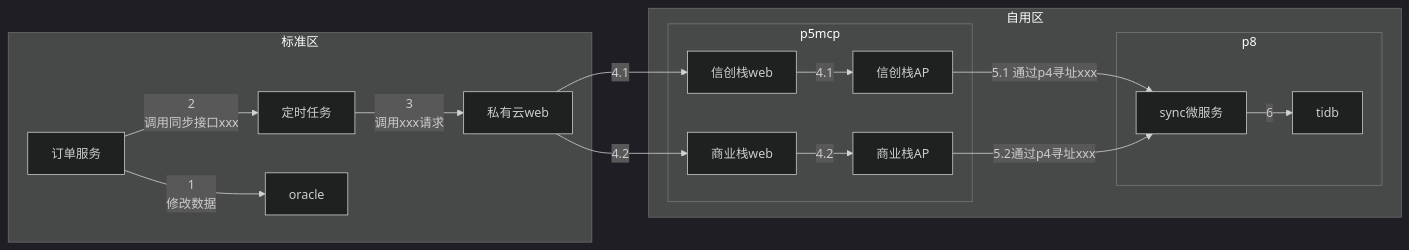
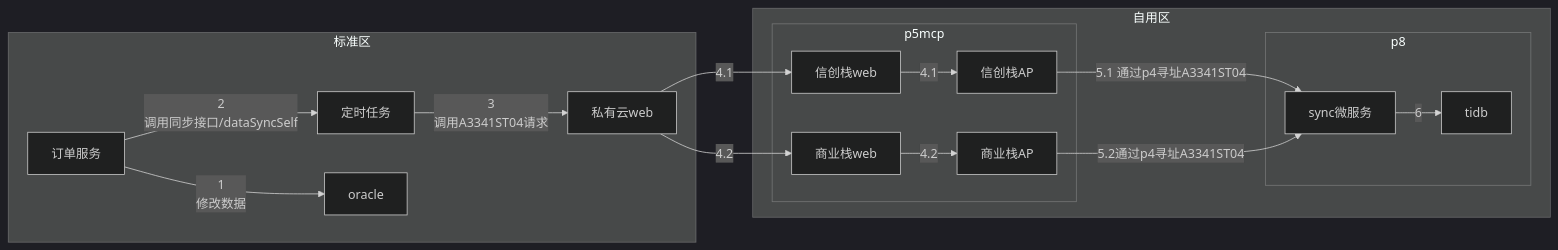
One commit to liyiye/C4-PlantUML changed the first of 6 diagrams in 双写数据同步链路图.md. Above: the diagram before and after it, drawn with Mermaid (dark theme). The commit also changed other lines of this file and 5 other files, not shown here.

````diff
--- a/双写数据同步链路图.md
+++ b/双写数据同步链路图.md
@@ -4,33 +5,32 @@
 ```mermaid
 flowchart LR
     subgraph 标准区
         clp_order[订单服务]
         cld_data_sync[定时任务]
         oracle
         私有云web
     end
     subgraph 自用区
         subgraph p5mcp
             MCPDJ_WB[信创栈web]
             MCPDJ_AP[信创栈AP]
             MCPNH_WB[商业栈web]
             MCPNH_AP[商业栈AP]
         end
         subgraph p8
             nmcp_micro_sync[sync微服务]
             tidb
         end
     end
 
     clp_order-->| 1<br>修改数据|oracle
-    clp_order-->| 2<br>调用同步接口xxx|cld_data_sync
-    cld_data_sync-->| 3<br>调用xxx请求|私有云web
+    clp_order-->| 2<br>调用同步接口/dataSyncSelf|cld_data_sync
+    cld_data_sync-->| 3<br>调用A3341ST04请求|私有云web
     私有云web-->|4.1|MCPDJ_WB
     私有云web-->|4.2|MCPNH_WB
     MCPDJ_WB-->|4.1|MCPDJ_AP
     MCPNH_WB-->|4.2|MCPNH_AP
-    MCPDJ_AP-->|5.1 通过p4寻址xxx|nmcp_micro_sync
-    MCPNH_AP-->|5.2通过p4寻址xxx|nmcp_micro_sync
+    MCPDJ_AP-->|5.1 通过p4寻址A3341ST04|nmcp_micro_sync
+    MCPNH_AP-->|5.2通过p4寻址A3341ST04|nmcp_micro_sync
     nmcp_micro_sync-->|6|tidb
-    
 ```
````
